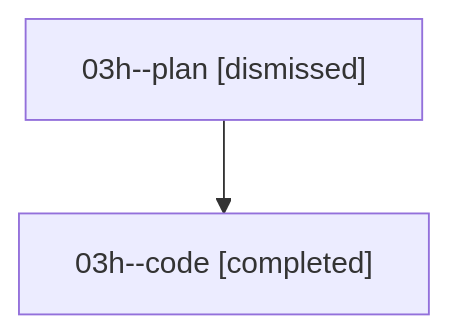
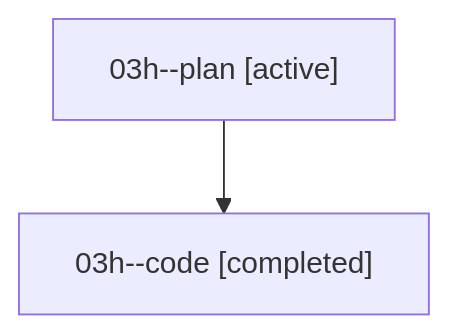
The diagram in families/bbugyi200.athena.03h.md (bobs-org/bob-cli--agents), drawn with Mermaid before and after one commit. The commit also changed other lines of this file and 1279 other files, not shown here.

````diff
--- a/families/bbugyi200.athena.03h.md
+++ b/families/bbugyi200.athena.03h.md
@@ -9,6 +9,6 @@
 ```mermaid
 flowchart TD
-  n0["03h--plan [dismissed]"]
+  n0["03h--plan [active]"]
   n1["03h--code [completed]"]
   n0 --> n1
 ```
````
